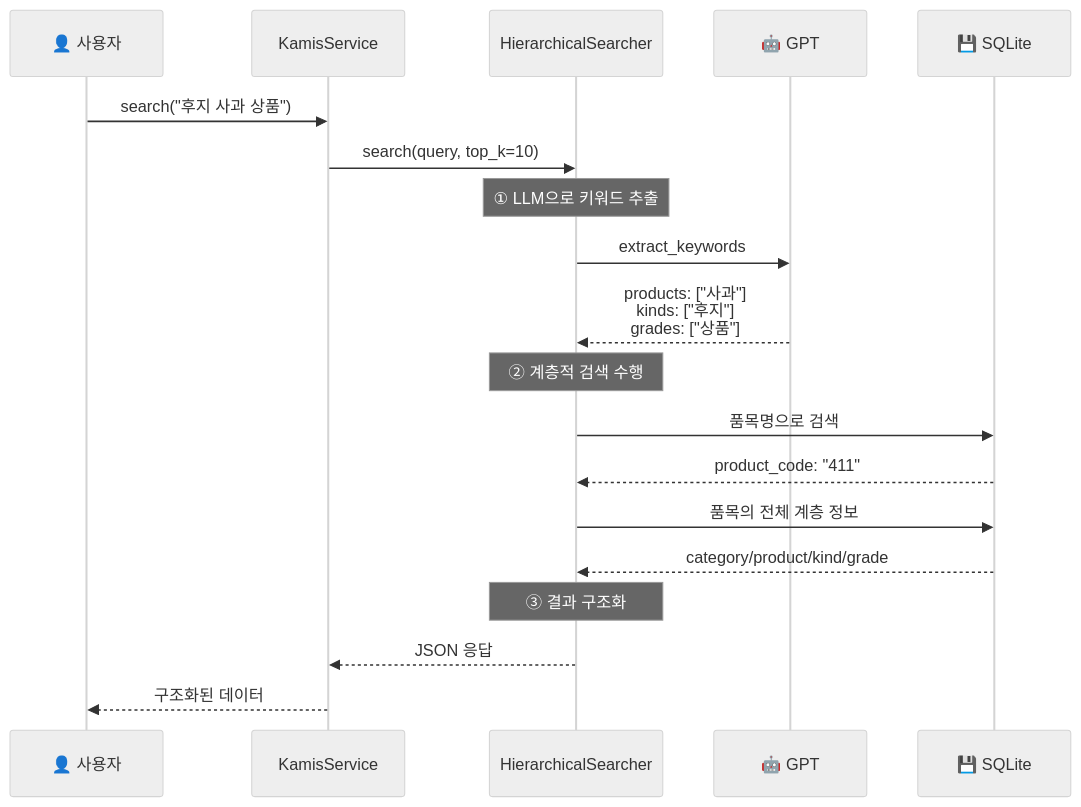
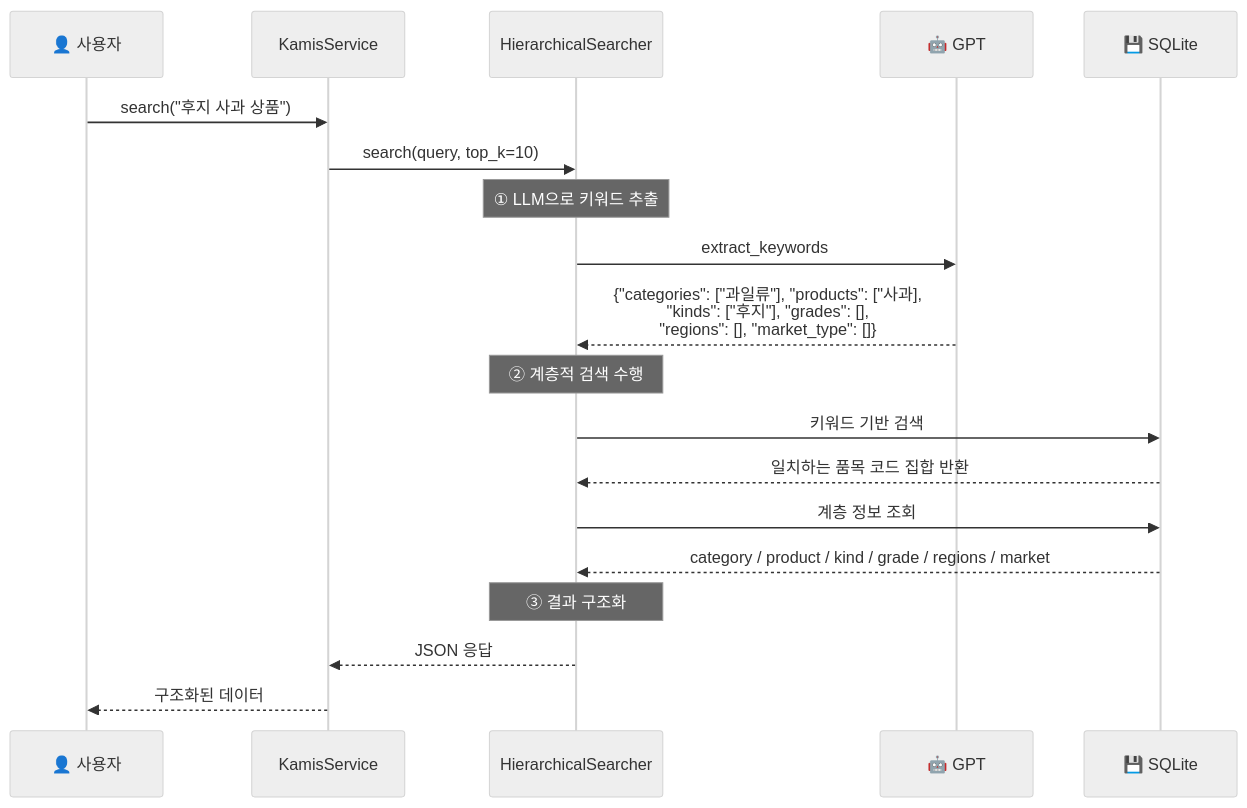
The third of 4 diagrams in README.md (pakyeon/kamis_agent), drawn with Mermaid (neutral theme) before and after one commit. The commit also changed other lines of this file, not shown here.

Commit message:
docs: 검색 플로우 중 계측적 검색 부분 수정

````diff
--- a/README.md
+++ b/README.md
@@ -162,26 +162,26 @@
 ```mermaid
 sequenceDiagram
     participant U as 👤 사용자
     participant S as KamisService
     participant HS as HierarchicalSearcher
     participant LLM as 🤖 GPT
     participant DB as 💾 SQLite
 
     U->>S: search("후지 사과 상품")
     S->>HS: search(query, top_k=10)
     
     Note over HS: ① LLM으로 키워드 추출
     HS->>LLM: extract_keywords
-    LLM-->>HS: products: ["사과"]<br/>kinds: ["후지"]<br/>grades: ["상품"]
+    LLM-->>HS: {"categories": ["과일류"], "products": ["사과],<br/> "kinds": ["후지"], "grades": [],<br/>"regions": [], "market_type": []}
     
     Note over HS: ② 계층적 검색 수행
-    HS->>DB: 품목명으로 검색
-    DB-->>HS: product_code: "411"
+    HS->>DB: 키워드 기반 검색
+    DB-->>HS: 일치하는 품목 코드 집합 반환
     
-    HS->>DB: 품목의 전체 계층 정보
-    DB-->>HS: category/product/kind/grade
+    HS->>DB: 계층 정보 조회
+    DB-->>HS: category / product / kind / grade / regions / market
     
     Note over HS: ③ 결과 구조화
     HS-->>S: JSON 응답
     S-->>U: 구조화된 데이터
 ```
````
